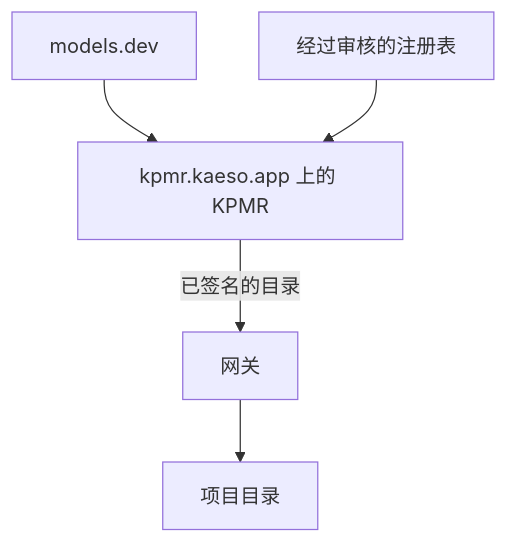
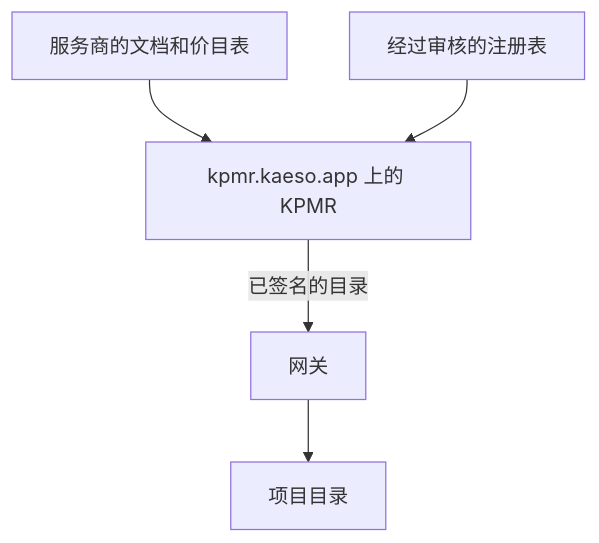
The first of 2 diagrams in apps/docs/content/zh-CN/concepts/kpmr.md (logicplanes/kaeso), drawn with Mermaid before and after one commit. The commit also changed other lines of this file and 34 other files, not shown here.

````diff
--- a/apps/docs/content/zh-CN/concepts/kpmr.md
+++ b/apps/docs/content/zh-CN/concepts/kpmr.md
@@ -9,9 +9,9 @@
 ```mermaid
 flowchart TD
   accTitle: 模型数据的来源
-  accDescr: KPMR 基于 models.dev 和经过审核的注册表构建目录。网关获取该目录，并将其用于每个项目的模型。
-  modelsdev[models.dev]:::outside --> kpmr[kpmr.kaeso.app 上的 KPMR]:::outside
+  accDescr: KPMR 基于服务商的文档和价目表构建目录，并在其注册表中审核。网关获取该目录，并将其用于每个项目的模型。
+  sources[服务商的文档和价目表]:::outside --> kpmr[kpmr.kaeso.app 上的 KPMR]:::outside
   registry[经过审核的注册表]:::outside --> kpmr
   kpmr -- 已签名的目录 --> gateway[网关]:::accent
   gateway --> catalogue[项目目录]
 ```
````
